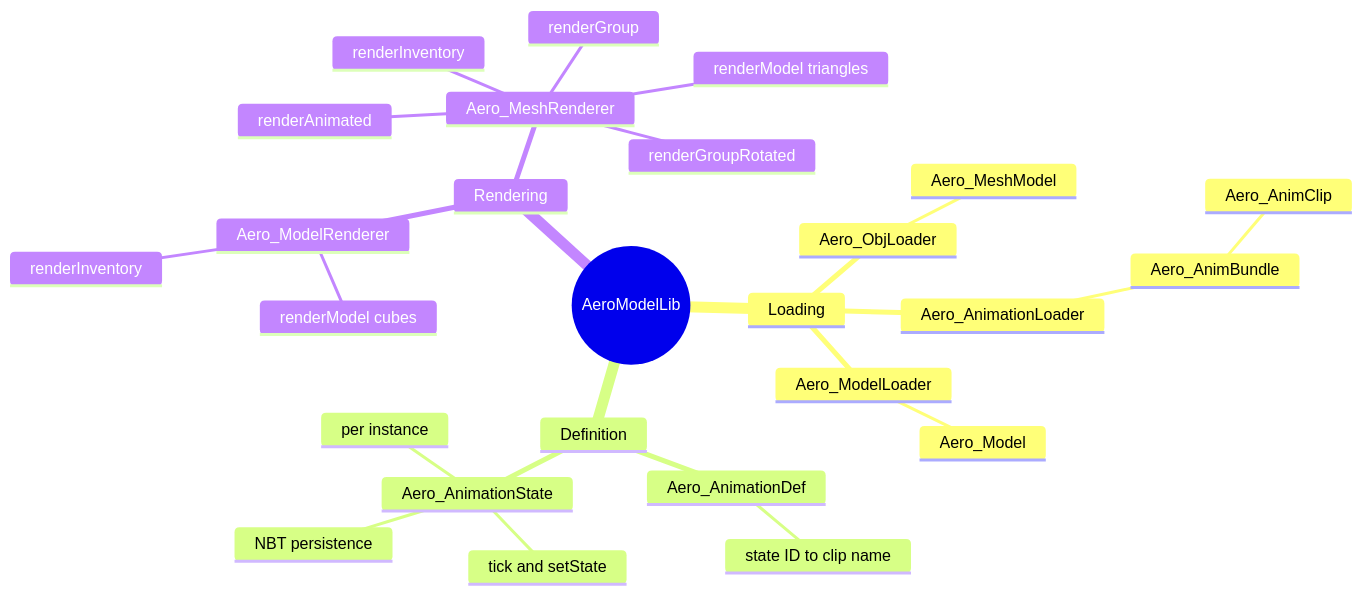
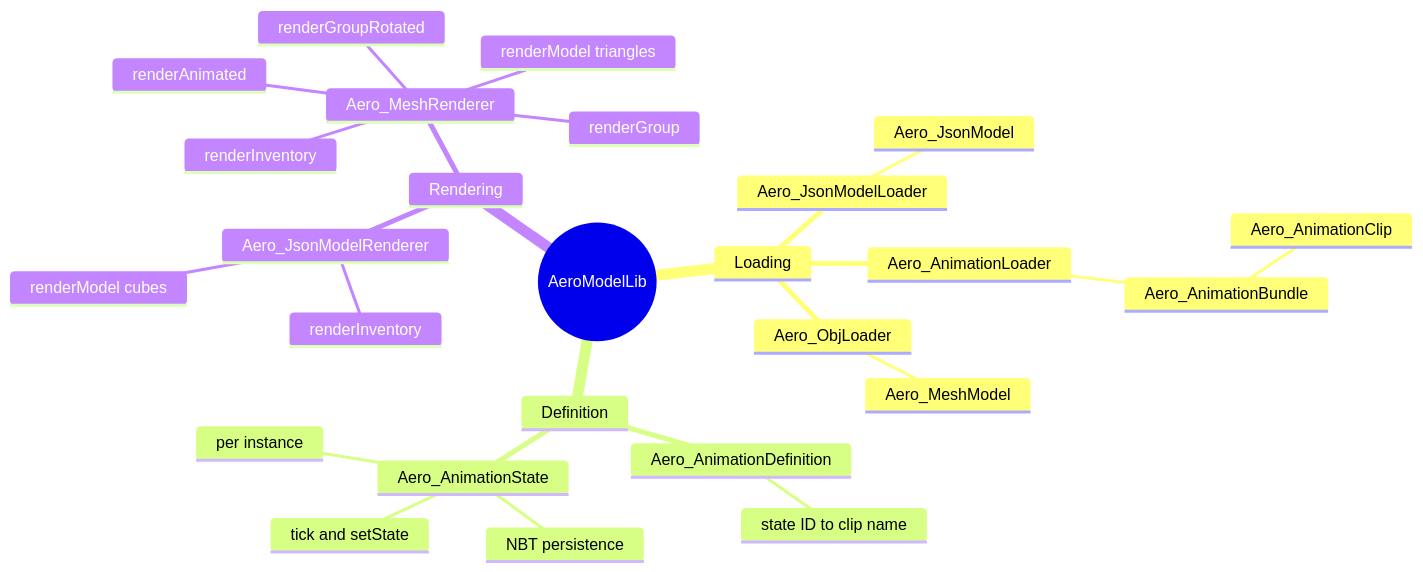
Before and after one commit to lucasrgt/aero-model-lib: the first of 5 diagrams in DOC.md, drawn with Mermaid. The commit also changed other lines of this file and 11 other files, not shown here.

````diff
--- a/DOC.md
+++ b/DOC.md
@@ -83,29 +83,29 @@
 ```mermaid
 mindmap
   root((AeroModelLib))
     Loading
-      Aero_ModelLoader
-        Aero_Model
+      Aero_JsonModelLoader
+        Aero_JsonModel
       Aero_ObjLoader
         Aero_MeshModel
       Aero_AnimationLoader
-        Aero_AnimBundle
-          Aero_AnimClip
+        Aero_AnimationBundle
+          Aero_AnimationClip
     Definition
-      Aero_AnimationDef
+      Aero_AnimationDefinition
         state ID to clip name
       Aero_AnimationState
         per instance
         tick and setState
         NBT persistence
     Rendering
-      Aero_ModelRenderer
+      Aero_JsonModelRenderer
         renderModel cubes
         renderInventory
       Aero_MeshRenderer
         renderModel triangles
         renderAnimated
         renderGroup
         renderGroupRotated
         renderInventory
 ```
````
